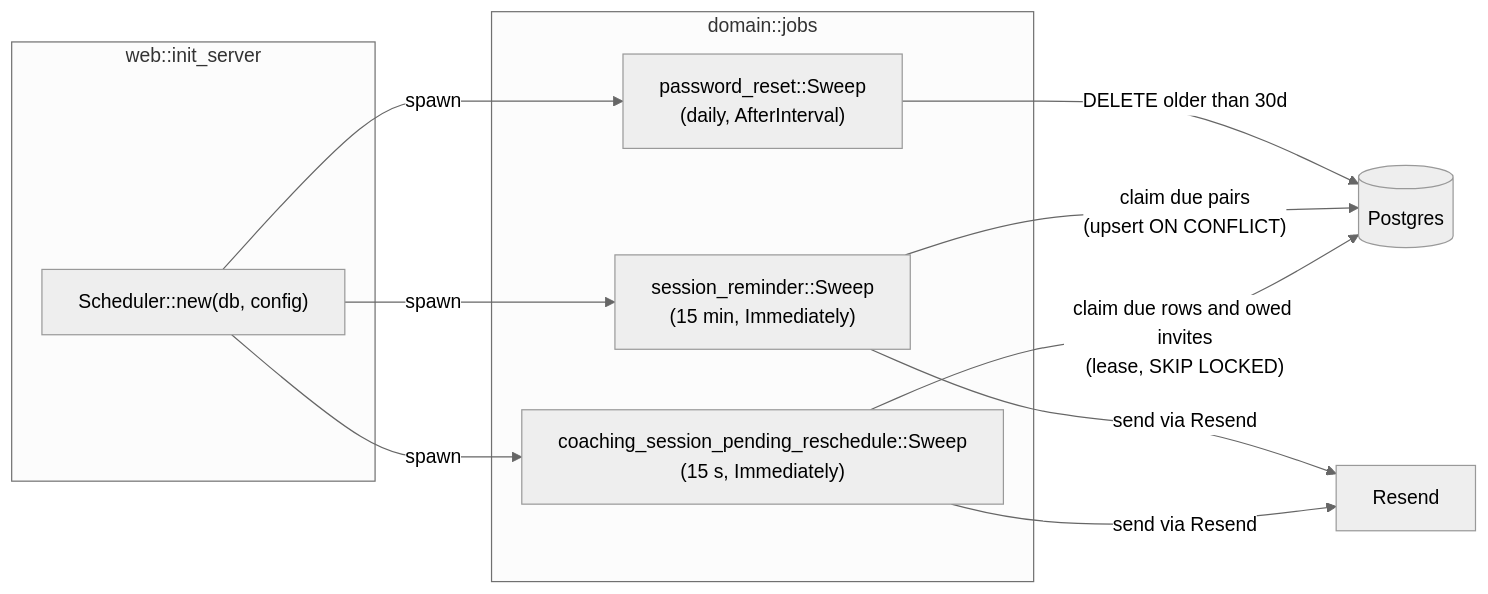
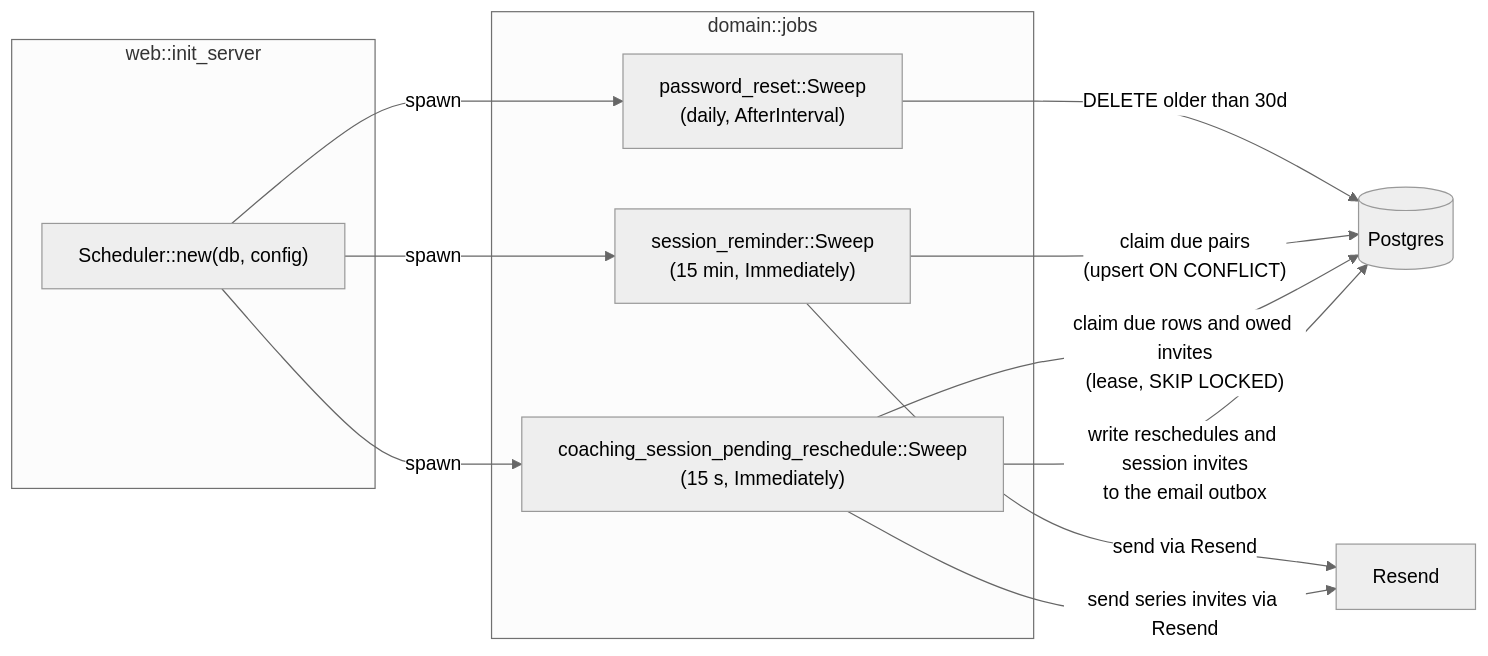
The diagram in docs/architecture/background_jobs.md (refactor-group/refactor-platform-rs), drawn with Mermaid (neutral theme) before and after one commit. The commit also changed other lines of this file and 20 other files, not shown here.

First line of the commit message:
Write each settled session reschedule to the email outbox

````diff
--- a/docs/architecture/background_jobs.md
+++ b/docs/architecture/background_jobs.md
@@ -53,21 +53,22 @@
 ```mermaid
 flowchart LR
     subgraph web["web::init_server"]
         S["Scheduler::new(db, config)"]
     end
     subgraph jobs["domain::jobs"]
         PR["password_reset::Sweep\n(daily, AfterInterval)"]
         SR["session_reminder::Sweep\n(15 min, Immediately)"]
         PRS["coaching_session_pending_reschedule::Sweep\n(15 s, Immediately)"]
     end
     DB[("Postgres")]
 
     S -->|spawn| PR
     S -->|spawn| SR
     S -->|spawn| PRS
     PR -->|"DELETE older than 30d"| DB
     SR -->|"claim due pairs\n(upsert ON CONFLICT)"| DB
     SR -->|"send via Resend"| R["Resend"]
     PRS -->|"claim due rows and owed invites\n(lease, SKIP LOCKED)"| DB
-    PRS -->|"send via Resend"| R
+    PRS -->|"write reschedules and session invites\nto the email outbox"| DB
+    PRS -->|"send series invites via Resend"| R
 ```
````
